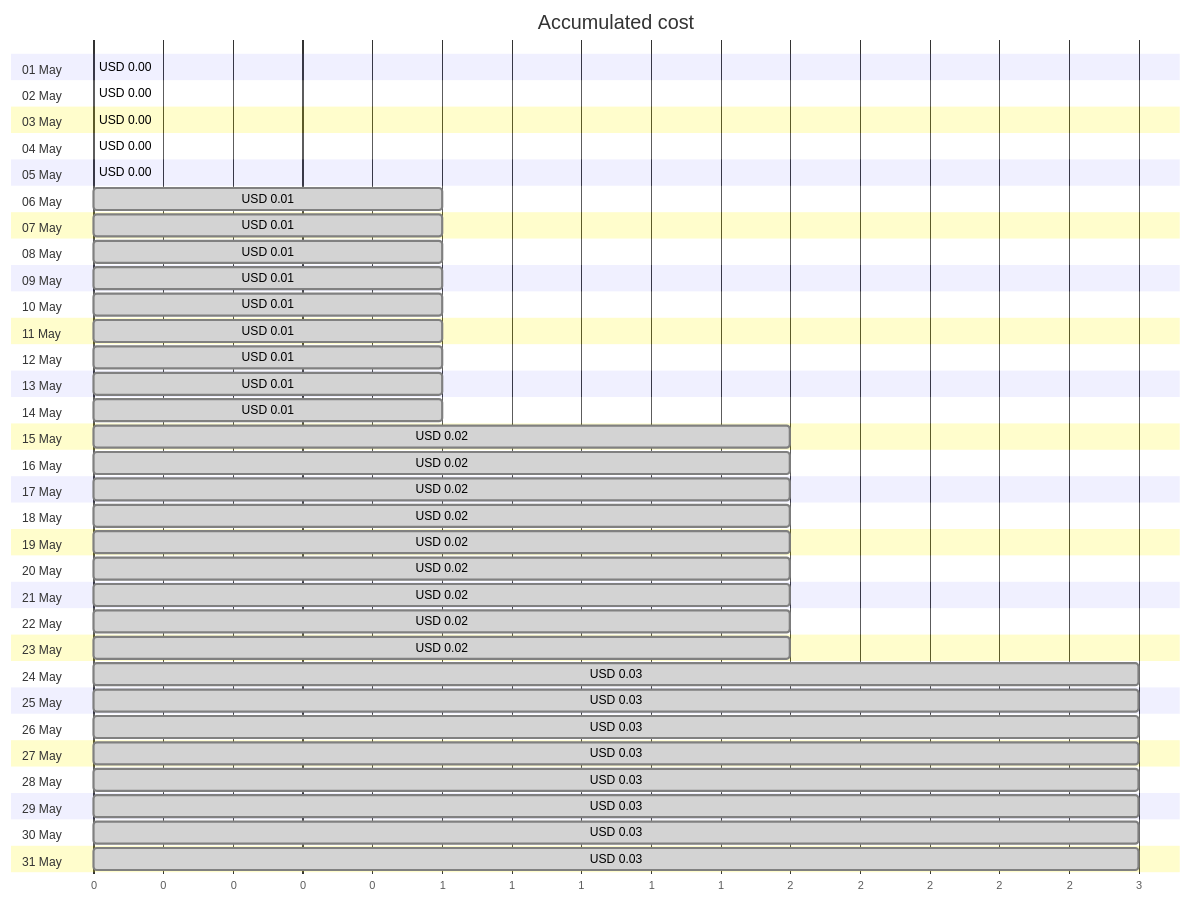
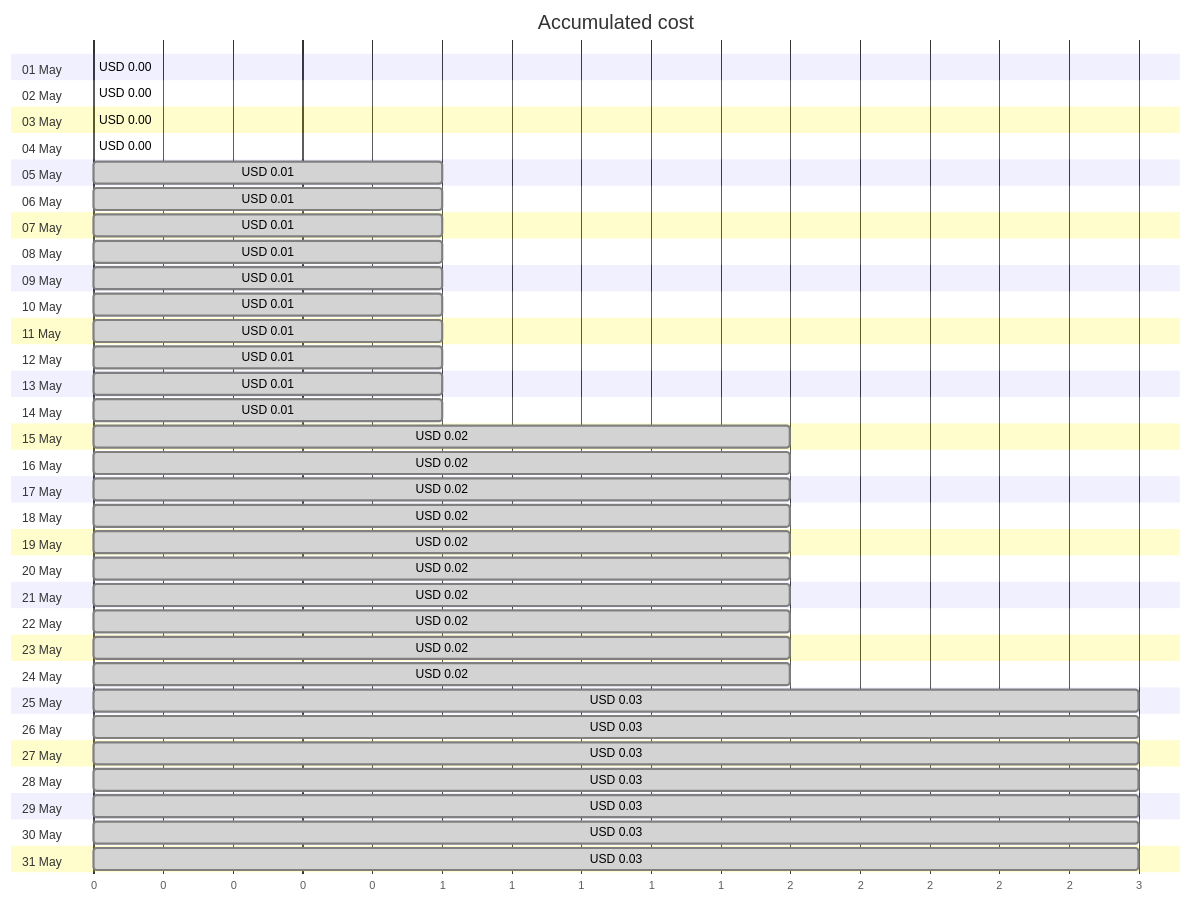
Before and after one commit to jpfulton/azure-personal-reports: the first of 4 diagrams in cost-reports/personal-site/personalsiteapipreview.md, drawn with Mermaid. The commit also changed other lines of this file and 6 other files, not shown here.

````diff
--- a/cost-reports/personal-site/personalsiteapipreview.md
+++ b/cost-reports/personal-site/personalsiteapipreview.md
@@ -20,68 +20,68 @@
 ```mermaid
 gantt
    title Accumulated cost
    dateFormat  X
    axisFormat %s
    section 01 May
    USD 0.00 :0, 0
    section 02 May
    USD 0.00 :0, 0
    section 03 May
    USD 0.00 :0, 0
    section 04 May
-   USD 0.00 : done, 0, 0
+   USD 0.00 :0, 0
    section 05 May
-   USD 0.00 : done, 0, 0
+   USD 0.01 : done, 0, 1
    section 06 May
    USD 0.01 : done, 0, 1
    section 07 May
    USD 0.01 : done, 0, 1
    section 08 May
    USD 0.01 : done, 0, 1
    section 09 May
    USD 0.01 : done, 0, 1
    section 10 May
    USD 0.01 : done, 0, 1
    section 11 May
    USD 0.01 : done, 0, 1
    section 12 May
    USD 0.01 : done, 0, 1
    section 13 May
    USD 0.01 : done, 0, 1
    section 14 May
    USD 0.01 : done, 0, 1
    section 15 May
    USD 0.02 : done, 0, 2
    section 16 May
    USD 0.02 : done, 0, 2
    section 17 May
    USD 0.02 : done, 0, 2
    section 18 May
    USD 0.02 : done, 0, 2
    section 19 May
    USD 0.02 : done, 0, 2
    section 20 May
    USD 0.02 : done, 0, 2
    section 21 May
    USD 0.02 : done, 0, 2
    section 22 May
    USD 0.02 : done, 0, 2
    section 23 May
    USD 0.02 : done, 0, 2
    section 24 May
-   USD 0.03 : done, 0, 3
+   USD 0.02 : done, 0, 2
    section 25 May
    USD 0.03 : done, 0, 3
    section 26 May
    USD 0.03 : done, 0, 3
    section 27 May
    USD 0.03 : done, 0, 3
    section 28 May
    USD 0.03 : done, 0, 3
    section 29 May
    USD 0.03 : done, 0, 3
    section 30 May
    USD 0.03 : done, 0, 3
    section 31 May
    USD 0.03 : done, 0, 3
 ```
````
